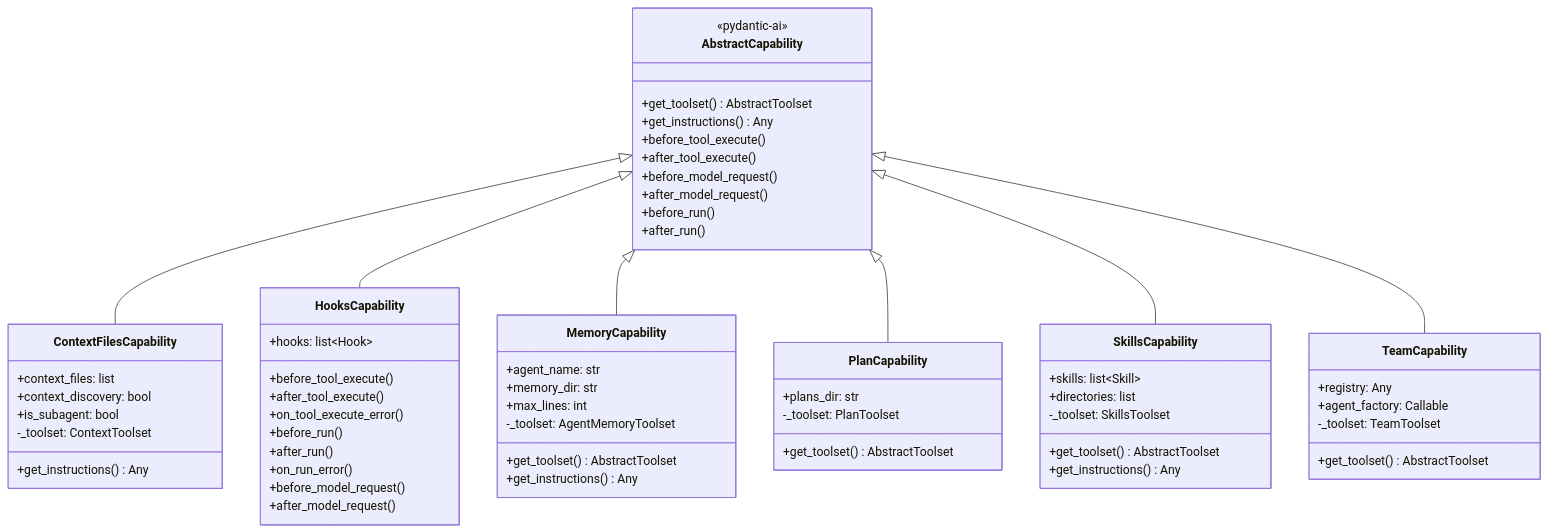
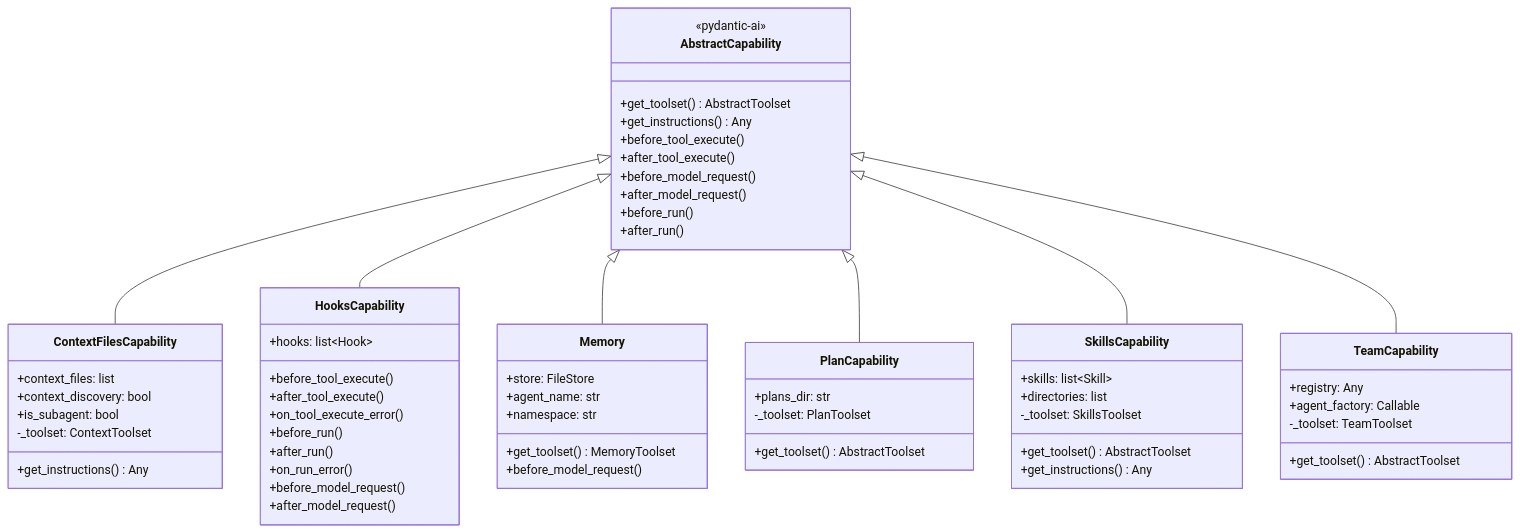
One commit to Seven-94/pydantic-deepagents changed the second of 3 diagrams in docs/c4/4b-deep-dive-toolsets-and-capabilities.md. Above: the diagram before and after it, drawn with Mermaid. The commit also changed other lines of this file and 24 other files, not shown here.

First line of the commit message:
feat!: back memory with the pydantic-ai-harness Memory capability (#236)

````diff
--- a/docs/c4/4b-deep-dive-toolsets-and-capabilities.md
+++ b/docs/c4/4b-deep-dive-toolsets-and-capabilities.md
@@ -761,71 +766,70 @@
 ```mermaid
 classDiagram
     class AbstractCapability {
         <<pydantic-ai>>
         +get_toolset() AbstractToolset
         +get_instructions() Any
         +before_tool_execute()
         +after_tool_execute()
         +before_model_request()
         +after_model_request()
         +before_run()
         +after_run()
     }
 
     class ContextFilesCapability {
         +context_files: list
         +context_discovery: bool
         +is_subagent: bool
         -_toolset: ContextToolset
         +get_instructions() Any
     }
 
     class HooksCapability {
         +hooks: list~Hook~
         +before_tool_execute()
         +after_tool_execute()
         +on_tool_execute_error()
         +before_run()
         +after_run()
         +on_run_error()
         +before_model_request()
         +after_model_request()
     }
 
-    class MemoryCapability {
+    class Memory {
+        +store: FileStore
         +agent_name: str
-        +memory_dir: str
-        +max_lines: int
-        -_toolset: AgentMemoryToolset
-        +get_toolset() AbstractToolset
-        +get_instructions() Any
+        +namespace: str
+        +get_toolset() MemoryToolset
+        +before_model_request()
     }
 
     class PlanCapability {
         +plans_dir: str
         -_toolset: PlanToolset
         +get_toolset() AbstractToolset
     }
 
     class SkillsCapability {
         +skills: list~Skill~
         +directories: list
         -_toolset: SkillsToolset
         +get_toolset() AbstractToolset
         +get_instructions() Any
     }
 
     class TeamCapability {
         +registry: Any
         +agent_factory: Callable
         -_toolset: TeamToolset
         +get_toolset() AbstractToolset
     }
 
     AbstractCapability <|-- ContextFilesCapability
     AbstractCapability <|-- HooksCapability
-    AbstractCapability <|-- MemoryCapability
+    AbstractCapability <|-- Memory
     AbstractCapability <|-- PlanCapability
     AbstractCapability <|-- SkillsCapability
     AbstractCapability <|-- TeamCapability
 ```
````
